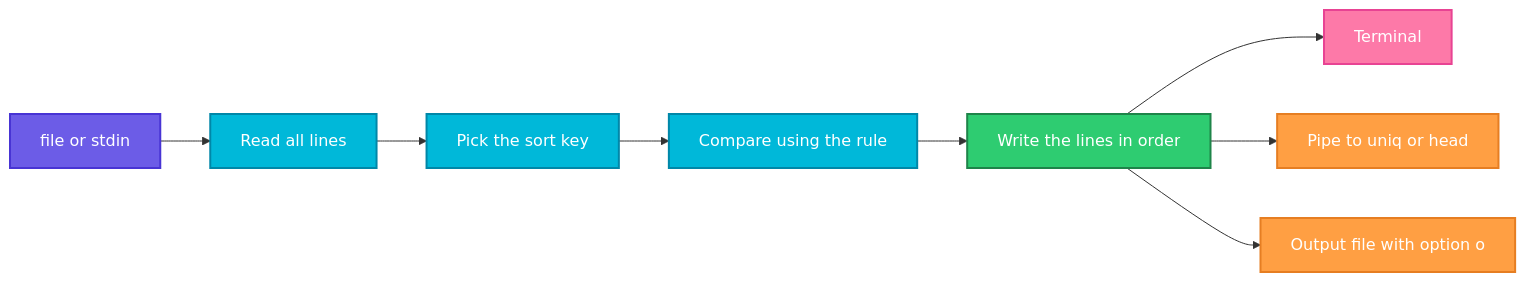
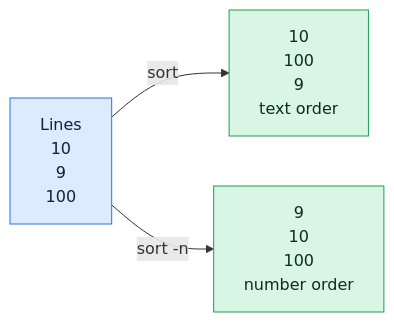
One commit to codeKerdosTech/DevOps-Documentation changed the diagram in linux/text-processing/sort.md. Above: the diagram before and after it, drawn with Mermaid. The commit also changed other lines of this file and 165 other files, not shown here.

Commit message:
updated diagrams in linux

````diff
--- a/linux/text-processing/sort.md
+++ b/linux/text-processing/sort.md
@@ -16,22 +16,12 @@
 ```mermaid
 flowchart LR
-    A[file or stdin] --> B[Read all lines]
-    B --> C[Pick the sort key]
-    C --> D[Compare using the rule]
-    D --> E[Write the lines in order]
-    E --> F[Terminal]
-    E --> G[Pipe to uniq or head]
-    E --> H[Output file with option o]
-    classDef start fill:#6C5CE7,stroke:#4834D4,stroke-width:2px,color:#fff
-    classDef proc fill:#00B8D9,stroke:#0087A8,stroke-width:2px,color:#fff
-    classDef dec fill:#FFC312,stroke:#E1A100,stroke-width:2px,color:#222
-    classDef ok fill:#2ECC71,stroke:#1E8449,stroke-width:2px,color:#fff
-    classDef err fill:#FF4757,stroke:#C0392B,stroke-width:2px,color:#fff
-    classDef out fill:#FD79A8,stroke:#E84393,stroke-width:2px,color:#fff
-    classDef alt fill:#FF9F43,stroke:#E67E22,stroke-width:2px,color:#fff
-    class A start
-    class B,C,D proc
-    class E ok
-    class F out
-    class G,H alt
+    i1[Lines<br/>10<br/>9<br/>100] -->|sort| o1[10<br/>100<br/>9<br/>text order]
+    i1 -->|sort -n| o2[9<br/>10<br/>100<br/>number order]
+    classDef inp fill:#DCEBFF,stroke:#2F6FDE,color:#10213F
+    classDef cmd fill:#FFF0C2,stroke:#C98A00,color:#3A2A00
+    classDef out fill:#D9F5E3,stroke:#1F9D55,color:#0B2E1A
+    classDef bad fill:#FDE0E0,stroke:#D13B3B,color:#4A0F0F
+    classDef note fill:#ECEFF3,stroke:#7B8794,color:#1F2933
+    class i1 inp
+    class o1,o2 out
 ```
````
